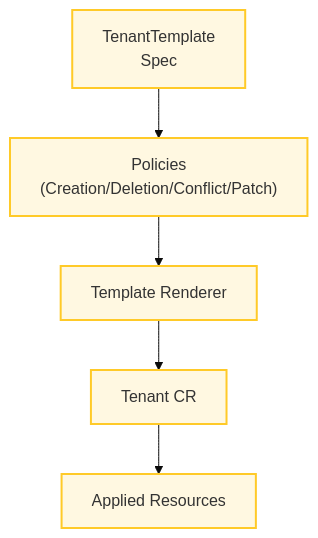
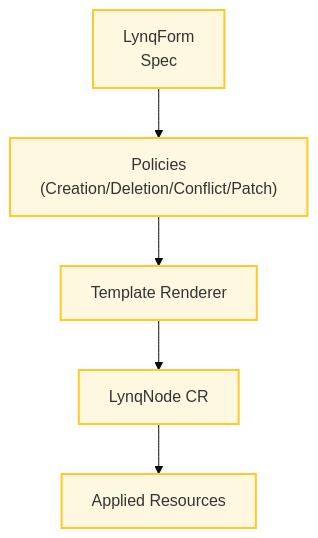
Before and after one commit to kubernetes-tenants/tenant-operator: the diagram in docs/configuration.md, drawn with Mermaid (base theme). The commit also changed other lines of this file and 203 other files, not shown here.

First line of the commit message:
refactor: Complete rename from tenant-operator to lynq

````diff
--- a/docs/configuration.md
+++ b/docs/configuration.md
@@ -107,13 +107,13 @@
 ```mermaid
 flowchart TB
-    Template["TenantTemplate<br/>Spec"]
+    Template["LynqForm<br/>Spec"]
     Policies["Policies<br/>(Creation/Deletion/Conflict/Patch)"]
     Renderer["Template Renderer"]
-    Tenant["Tenant CR"]
+    Node["LynqNode CR"]
     Resources["Applied Resources"]
 
-    Template --> Policies --> Renderer --> Tenant --> Resources
+    Template --> Policies --> Renderer --> Node --> Resources
 
     classDef block fill:#fff8e1,stroke:#ffca28,stroke-width:2px;
-    class Template,Policies,Renderer,Tenant,Resources block;
+    class Template,Policies,Renderer,Node,Resources block;
 ```
````
